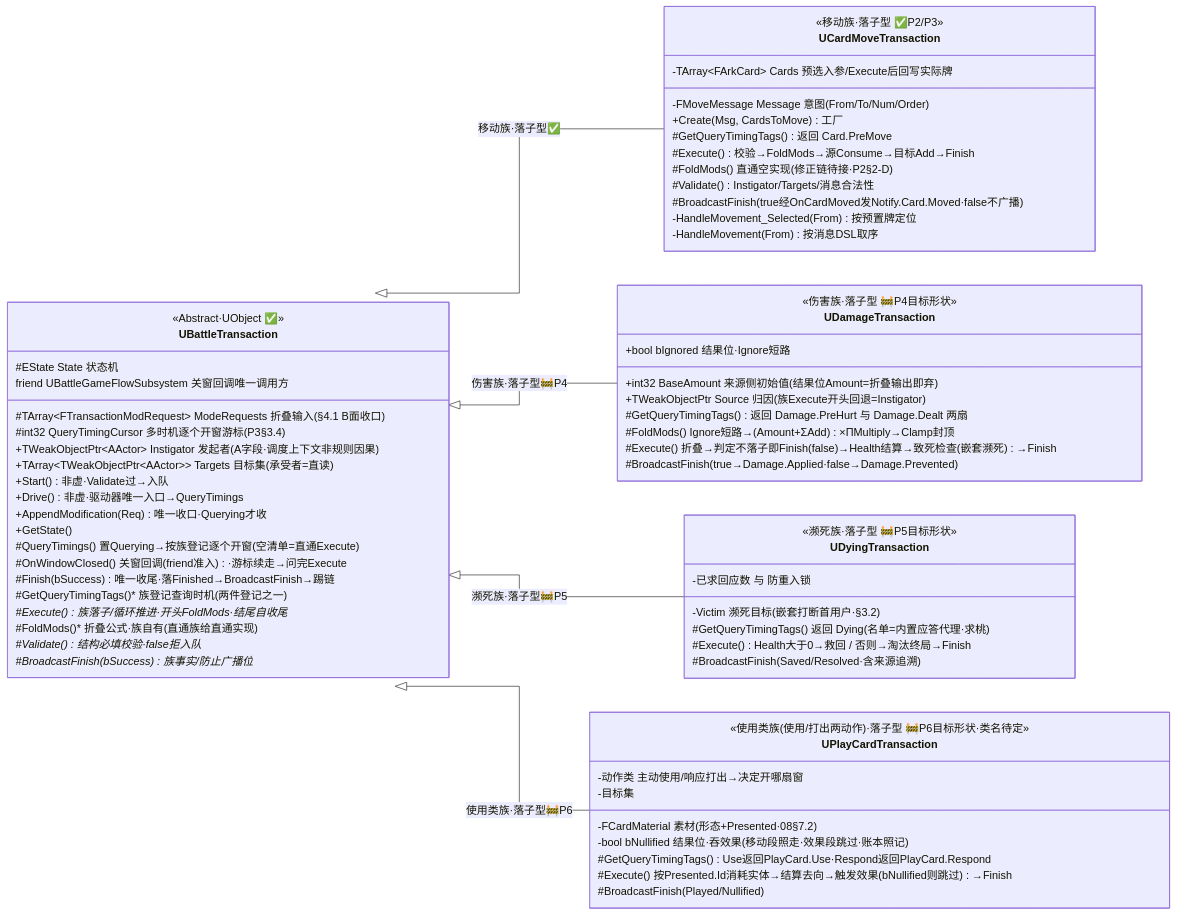
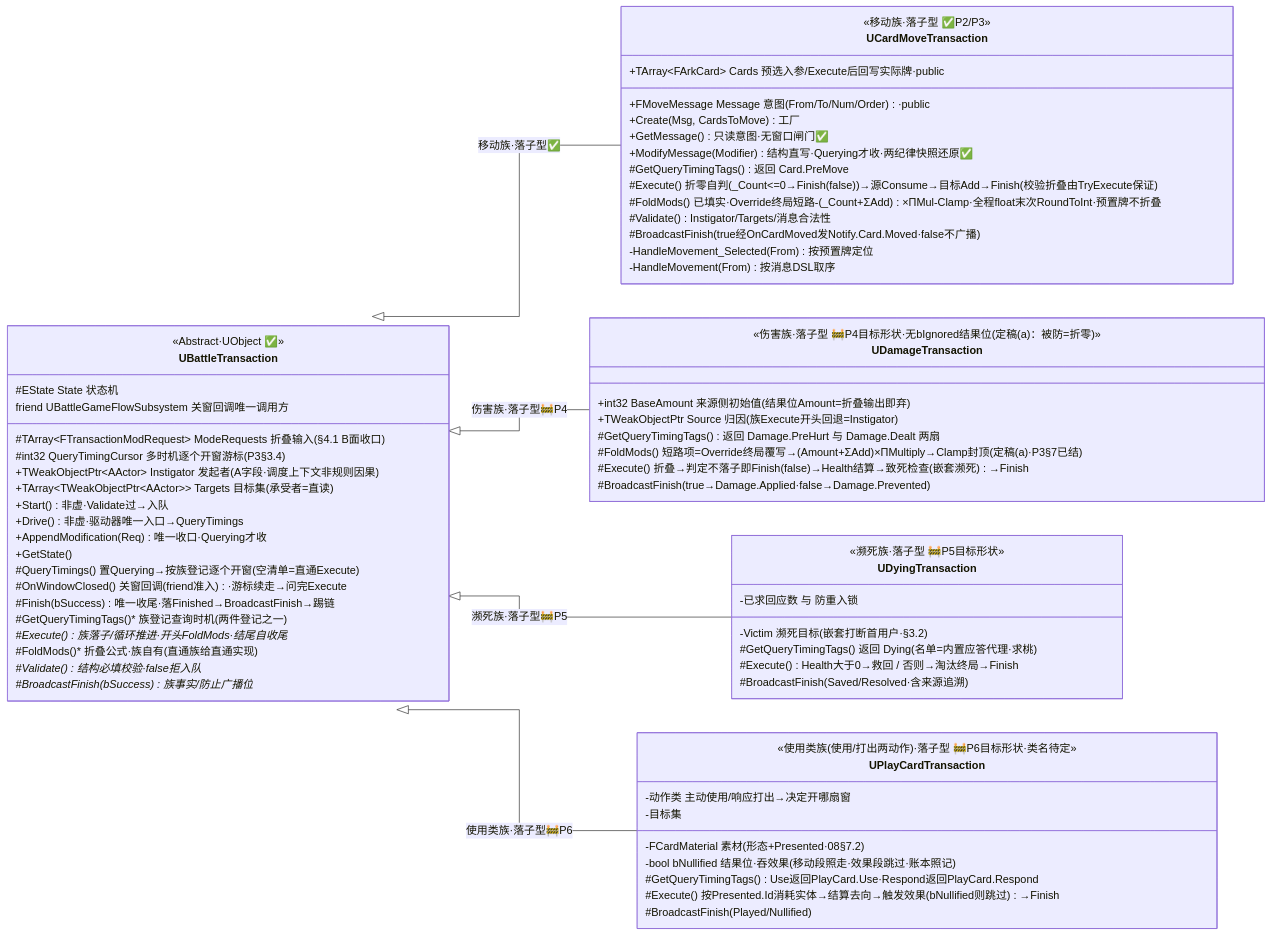
Before and after one commit to Fyammetta/ArkWars: the first of 2 diagrams in Docs/01-整体设计/04-交易模型.md, drawn with Mermaid. The commit also changed other lines of this file and 25 other files, not shown here.

````diff
--- a/Docs/01-整体设计/04-交易模型.md
+++ b/Docs/01-整体设计/04-交易模型.md
@@ -581,77 +630,78 @@
 ```mermaid
 %%{init: {"flowchart": {"curve": "stepAfter"}}}%%
 classDiagram
     direction LR
 
     class UBattleTransaction {
         <<Abstract·UObject ✅>>
         #EState State 状态机
         #TArray~FTransactionModRequest~ ModeRequests 折叠输入(§4.1 B面收口)
         #int32 QueryTimingCursor 多时机逐个开窗游标(P3§3.4)
         +TWeakObjectPtr~AActor~ Instigator 发起者(A字段·调度上下文非规则因果)
         +TArray~TWeakObjectPtr~AActor~~ Targets 目标集(承受者=直读)
         +Start() 非虚·Validate过→入队
         +Drive() 非虚·驱动器唯一入口→QueryTimings
         +AppendModification(Req) 唯一收口·Querying才收
         +GetState()
         #QueryTimings() 置Querying→按族登记逐个开窗(空清单=直通Execute)
         #OnWindowClosed() 关窗回调(friend准入)·游标续走→问完Execute
         #Finish(bSuccess) 唯一收尾·落Finished→BroadcastFinish→踢链
         #GetQueryTimingTags()* 族登记查询时机(两件登记之一)
         #Execute()* 族落子/循环推进·开头FoldMods·结尾自收尾
         #FoldMods()* 折叠公式·族自有(直通族给直通实现)
         #Validate()* 结构必填校验·false拒入队
         #BroadcastFinish(bSuccess)* 族事实/防止广播位
         friend UBattleGameFlowSubsystem 关窗回调唯一调用方
     }
 
     class UCardMoveTransaction {
         <<移动族·落子型 ✅P2/P3>>
-        -FMoveMessage Message 意图(From/To/Num/Order)
-        -TArray~FArkCard~ Cards 预选入参/Execute后回写实际牌
+        +FMoveMessage Message 意图(From/To/Num/Order)·public
+        +TArray~FArkCard~ Cards 预选入参/Execute后回写实际牌·public
         +Create(Msg, CardsToMove) 工厂
+        +GetMessage() 只读意图·无窗口闸门✅
+        +ModifyMessage(Modifier) 结构直写·Querying才收·两纪律快照还原✅
         #GetQueryTimingTags() 返回 Card.PreMove
-        #Execute() 校验→FoldMods→源Consume→目标Add→Finish
-        #FoldMods() 直通空实现(修正链待接·P2§2-D)
+        #Execute() 折零自判(_Count<=0→Finish(false))→源Consume→目标Add→Finish(校验折叠由TryExecute保证)
+        #FoldMods() 已填实·Override终局短路-(_Count+ΣAdd)×ΠMul-Clamp·全程float末次RoundToInt·预置牌不折叠
         #Validate() Instigator/Targets/消息合法性
         #BroadcastFinish(true经OnCardMoved发Notify.Card.Moved·false不广播)
         -HandleMovement_Selected(From) 按预置牌定位
         -HandleMovement(From) 按消息DSL取序
     }
 
     class UDamageTransaction {
-        <<伤害族·落子型 🚧P4目标形状>>
+        <<伤害族·落子型 🚧P4目标形状·无bIgnored结果位(定稿(a)：被防=折零)>>
         +int32 BaseAmount 来源侧初始值(结果位Amount=折叠输出即弃)
-        +bool bIgnored 结果位·Ignore短路
         +TWeakObjectPtr Source 归因(族Execute开头回退=Instigator)
         #GetQueryTimingTags() 返回 Damage.PreHurt 与 Damage.Dealt 两扇
-        #FoldMods() Ignore短路→(Amount+ΣAdd)×ΠMultiply→Clamp封顶
+        #FoldMods() 短路项=Override终局覆写→(Amount+ΣAdd)×ΠMultiply→Clamp封顶(定稿(a)·P3§7已结)
         #Execute() 折叠→判定不落子即Finish(false)→Health结算→致死检查(嵌套濒死)→Finish
         #BroadcastFinish(true→Damage.Applied·false→Damage.Prevented)
     }
 
     class UDyingTransaction {
         <<濒死族·落子型 🚧P5目标形状>>
         -Victim 濒死目标(嵌套打断首用户·§3.2)
         -已求回应数 与 防重入锁
         #GetQueryTimingTags() 返回 Dying(名单=内置应答代理·求桃)
         #Execute() Health大于0→救回 / 否则→淘汰终局→Finish
         #BroadcastFinish(Saved/Resolved·含来源追溯)
     }
 
     class UPlayCardTransaction {
         <<使用类族(使用/打出两动作)·落子型 🚧P6目标形状·类名待定>>
         -FCardMaterial 素材(形态+Presented·08§7.2)
         -动作类 主动使用/响应打出→决定开哪扇窗
         -目标集
         -bool bNullified 结果位·吞效果(移动段照走·效果段跳过·账本照记)
         #GetQueryTimingTags() Use返回PlayCard.Use·Respond返回PlayCard.Respond
         #Execute() 按Presented.Id消耗实体→结算去向→触发效果(bNullified则跳过)→Finish
         #BroadcastFinish(Played/Nullified)
     }
 
     UBattleTransaction <|-- UCardMoveTransaction : 移动族·落子型✅
     UBattleTransaction <|-- UDamageTransaction : 伤害族·落子型🚧P4
     UBattleTransaction <|-- UDyingTransaction : 濒死族·落子型🚧P5
     UBattleTransaction <|-- UPlayCardTransaction : 使用类族·落子型🚧P6
 ```
````
